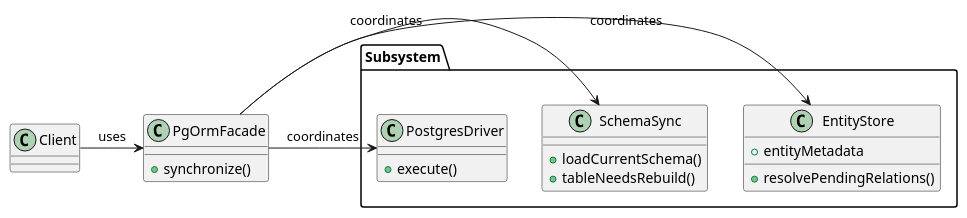
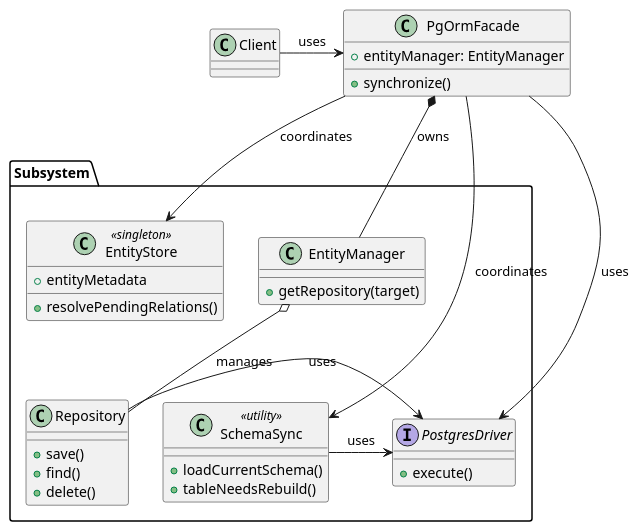
The diagram in docs/diagrams/pattern-facade.puml (mKepka16/agh-design-patterns), drawn with PlantUML before and after one commit. The commit also changed 7 other files, not shown here.

Commit message:
diagrams updated to include EntityManager and Repository

```diff
--- a/docs/diagrams/pattern-facade.puml
+++ b/docs/diagrams/pattern-facade.puml
@@ -1,27 +1,40 @@
 @startuml
 class Client {
 }
 
 class PgOrmFacade {
     + synchronize()
+    + entityManager: EntityManager
 }
 
 package "Subsystem" {
-    class EntityStore {
+    class EntityStore <<singleton>> {
         + resolvePendingRelations()
         + entityMetadata
     }
-    class SchemaSync {
+    class SchemaSync <<utility>> {
         + loadCurrentSchema()
         + tableNeedsRebuild()
     }
-    class PostgresDriver {
+    class EntityManager {
+        + getRepository(target)
+    }
+    class Repository {
+        + save()
+        + find()
+        + delete()
+    }
+    interface PostgresDriver {
         + execute()
     }
 }
 
 Client -> PgOrmFacade : uses
+PgOrmFacade *-- EntityManager : owns
 PgOrmFacade -> EntityStore : coordinates
 PgOrmFacade -> SchemaSync : coordinates
-PgOrmFacade -> PostgresDriver : coordinates
+PgOrmFacade -> PostgresDriver : uses
+EntityManager o-- Repository : manages
+Repository -> PostgresDriver : uses
+SchemaSync -> PostgresDriver : uses
 @enduml
```
